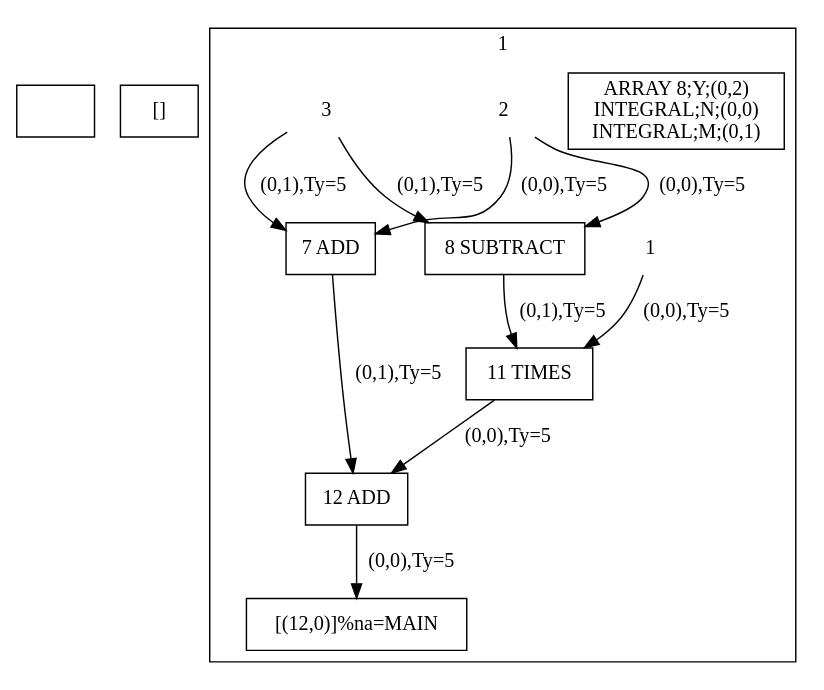
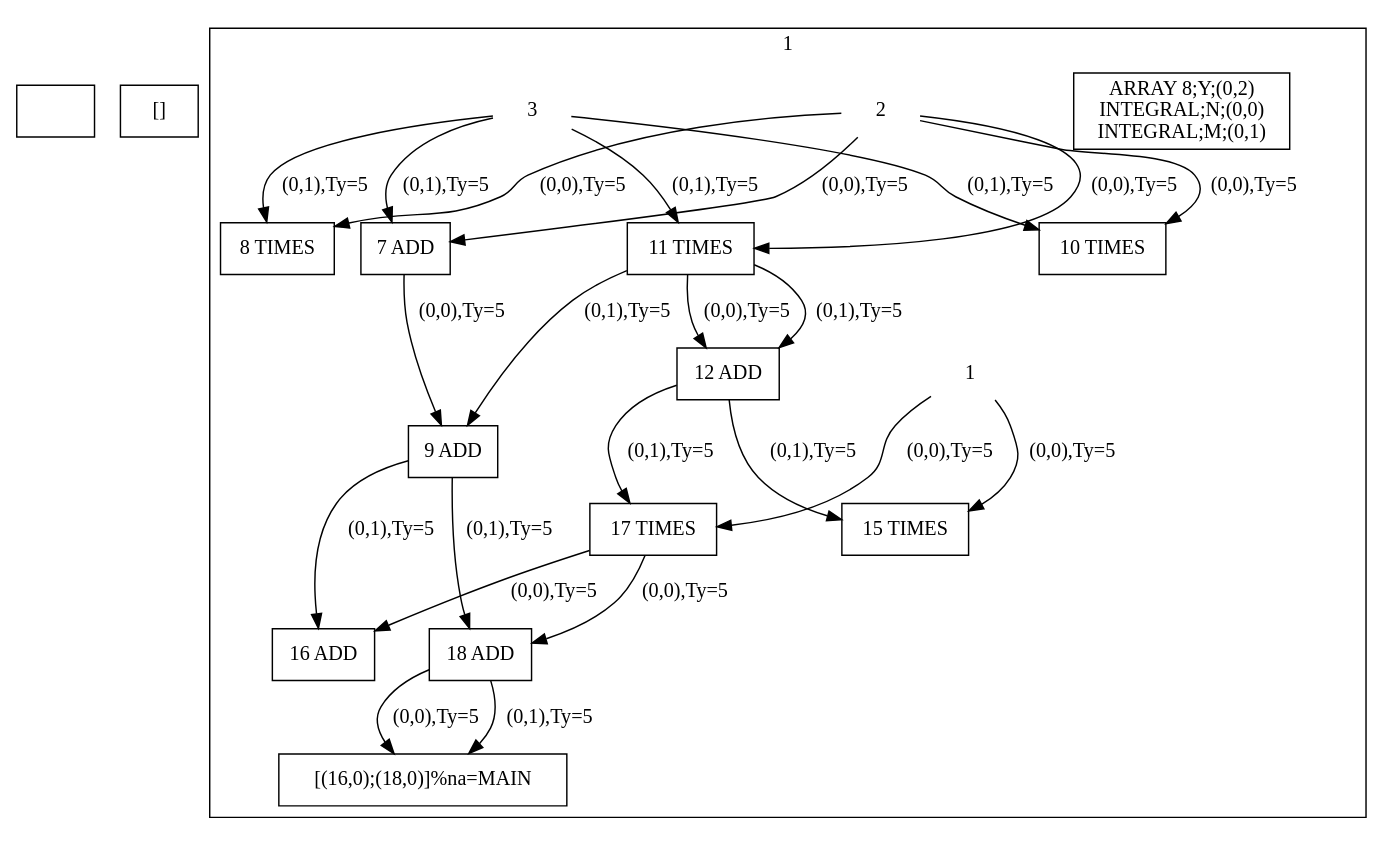
One commit to qram9/sisal changed the diagram in out.dot. Above: the diagram before and after it, drawn with Graphviz. The commit also changed 8 other files, not shown here.

```diff
--- a/out.dot
+++ b/out.dot
@@ -1,25 +1,44 @@
 digraph R {
 newrank=true;
 IN00 [shape=rect;label=""];
 OUT00 [shape=rect;label="[]"];
 subgraph cluster_01 {
 label="1 ";
 IN01 [shape=rect;label="ARRAY 8;Y;(0,2)\nINTEGRAL;N;(0,0)\nINTEGRAL;M;(0,1)"];
-OUT01 [shape=rect;label="[(12,0)]%na=MAIN"];
+OUT01 [shape=rect;label="[(16,0);(18,0)]%na=MAIN"];
 11 [shape=plaintext;label="1"];
 13 [shape=plaintext;label="2"];
 15 [shape=plaintext;label="3"];
 17 [shape=rect;label="7 ADD"];
-18 [shape=rect;label="8 SUBTRACT"];
+18 [shape=rect;label="8 TIMES"];
+19 [shape=rect;label="9 ADD"];
+110 [shape=rect;label="10 TIMES"];
 111 [shape=rect;label="11 TIMES"];
-112 [shape=rect;label="12 ADD"]
-11 ->  111 [label="(0,0),Ty=5"]
+112 [shape=rect;label="12 ADD"];
+115 [shape=rect;label="15 TIMES"];
+116 [shape=rect;label="16 ADD"];
+117 [shape=rect;label="17 TIMES"];
+118 [shape=rect;label="18 ADD"]
+11 ->  115 [label="(0,0),Ty=5"]
+11 ->  117 [label="(0,0),Ty=5"]
 13 ->  17 [label="(0,0),Ty=5"]
 13 ->  18 [label="(0,0),Ty=5"]
+13 ->  110 [label="(0,0),Ty=5"]
+13 ->  111 [label="(0,0),Ty=5"]
 15 ->  17 [label="(0,1),Ty=5"]
 15 ->  18 [label="(0,1),Ty=5"]
-17 ->  112 [label="(0,1),Ty=5"]
-18 ->  111 [label="(0,1),Ty=5"]
+15 ->  110 [label="(0,1),Ty=5"]
+15 ->  111 [label="(0,1),Ty=5"]
+17 ->  19 [label="(0,0),Ty=5"]
+19 ->  116 [label="(0,1),Ty=5"]
+19 ->  118 [label="(0,1),Ty=5"]
+111 ->  19 [label="(0,1),Ty=5"]
 111 ->  112 [label="(0,0),Ty=5"]
-112 ->  OUT01 [label="(0,0),Ty=5"]
+111 ->  112 [label="(0,1),Ty=5"]
+112 ->  115 [label="(0,1),Ty=5"]
+112 ->  117 [label="(0,1),Ty=5"]
+117 ->  116 [label="(0,0),Ty=5"]
+117 ->  118 [label="(0,0),Ty=5"]
+118 ->  OUT01 [label="(0,0),Ty=5"]
+118 ->  OUT01 [label="(0,1),Ty=5"]
 }}
```
